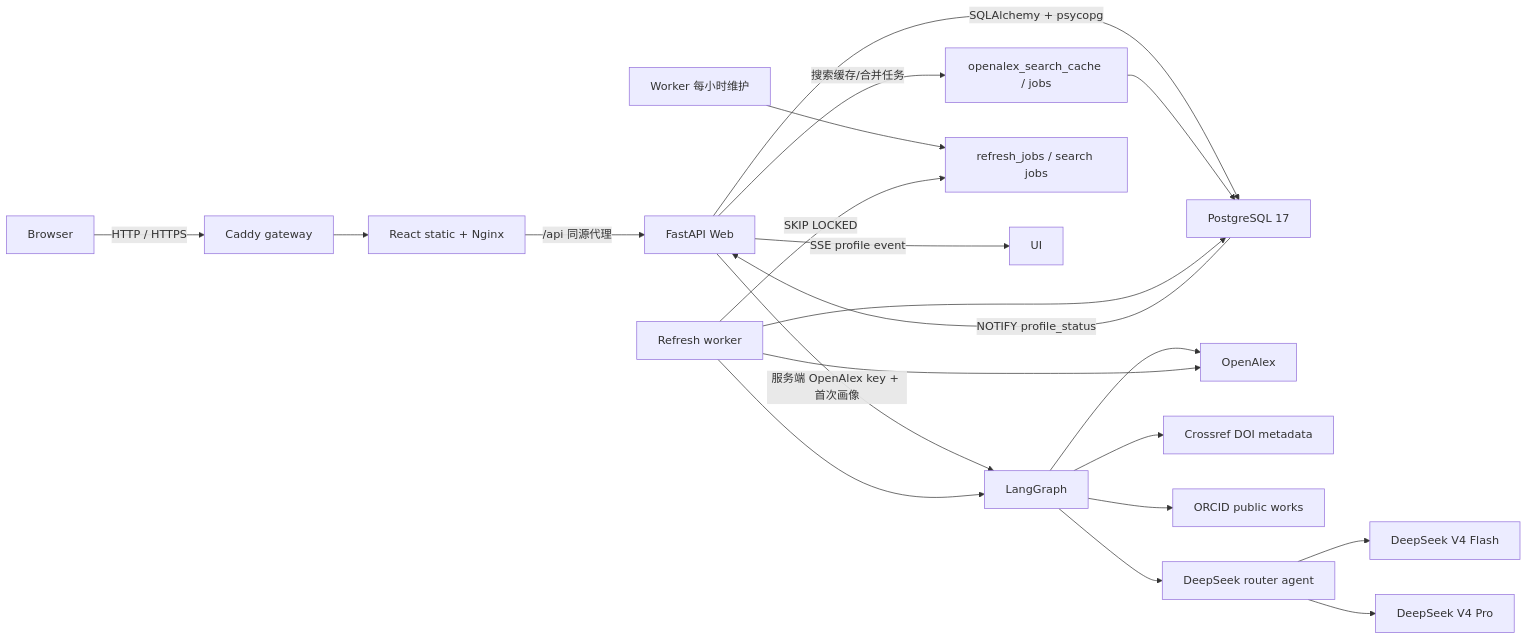
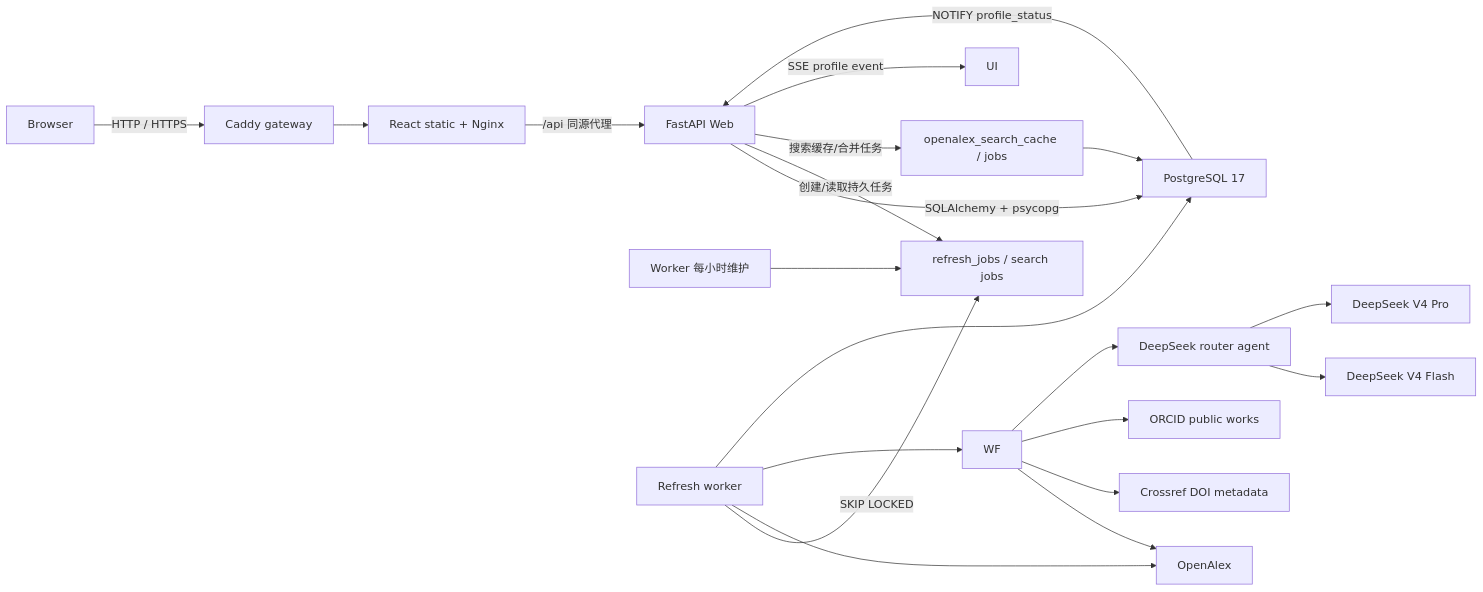
The diagram in docs/ARCHITECTURE.md (AlexYuanch/scholar_search), drawn with Mermaid before and after one commit. The commit also changed other lines of this file and 21 other files, not shown here.

````diff
--- a/docs/ARCHITECTURE.md
+++ b/docs/ARCHITECTURE.md
@@ -5,23 +5,23 @@
 ```mermaid
 flowchart LR
   CLIENT["Browser"] -->|"HTTP / HTTPS"| CADDY["Caddy gateway"]
   CADDY --> NGINX["React static + Nginx"]
   NGINX -->|"/api 同源代理"| API["FastAPI Web"]
   API -->|"SQLAlchemy + psycopg"| PG["PostgreSQL 17"]
-  API -->|"服务端 OpenAlex key + 首次画像"| WF["LangGraph"]
+  API -->|"创建/读取持久任务"| JOB["refresh_jobs / search jobs"]
   API -->|"搜索缓存/合并任务"| SEARCH["openalex_search_cache / jobs"]
   SEARCH --> PG
   WF --> OA["OpenAlex"]
   WF --> CR["Crossref DOI metadata"]
   WF --> ORCID["ORCID public works"]
   WF --> ROUTER["DeepSeek router agent"]
   ROUTER --> FLASH["DeepSeek V4 Flash"]
   ROUTER --> PRO["DeepSeek V4 Pro"]
-  MAINT["Worker 每小时维护"] --> JOB["refresh_jobs / search jobs"]
+  MAINT["Worker 每小时维护"] --> JOB
   WORKER["Refresh worker"] -->|"SKIP LOCKED"| JOB
   WORKER --> OA
   WORKER --> WF
   WORKER --> PG
   PG -->|"NOTIFY profile_status"| API
   API -->|"SSE profile event"| UI
 ```
````
